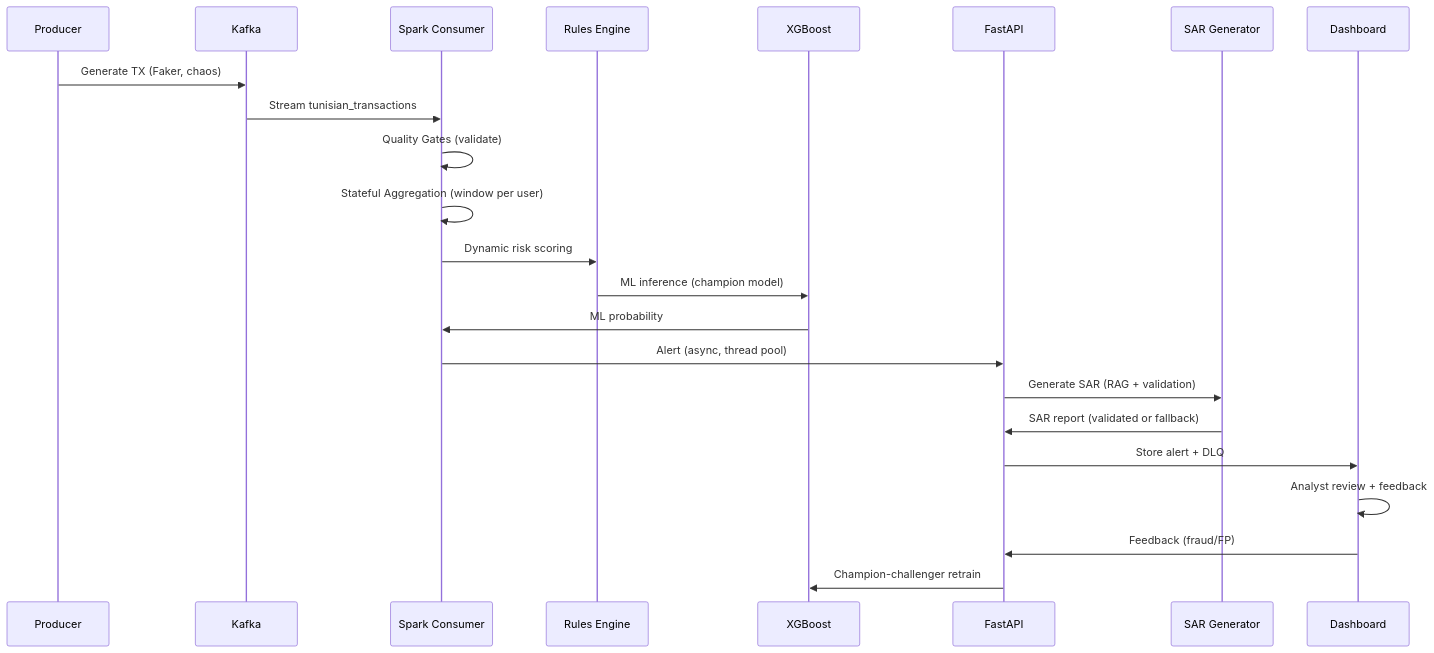
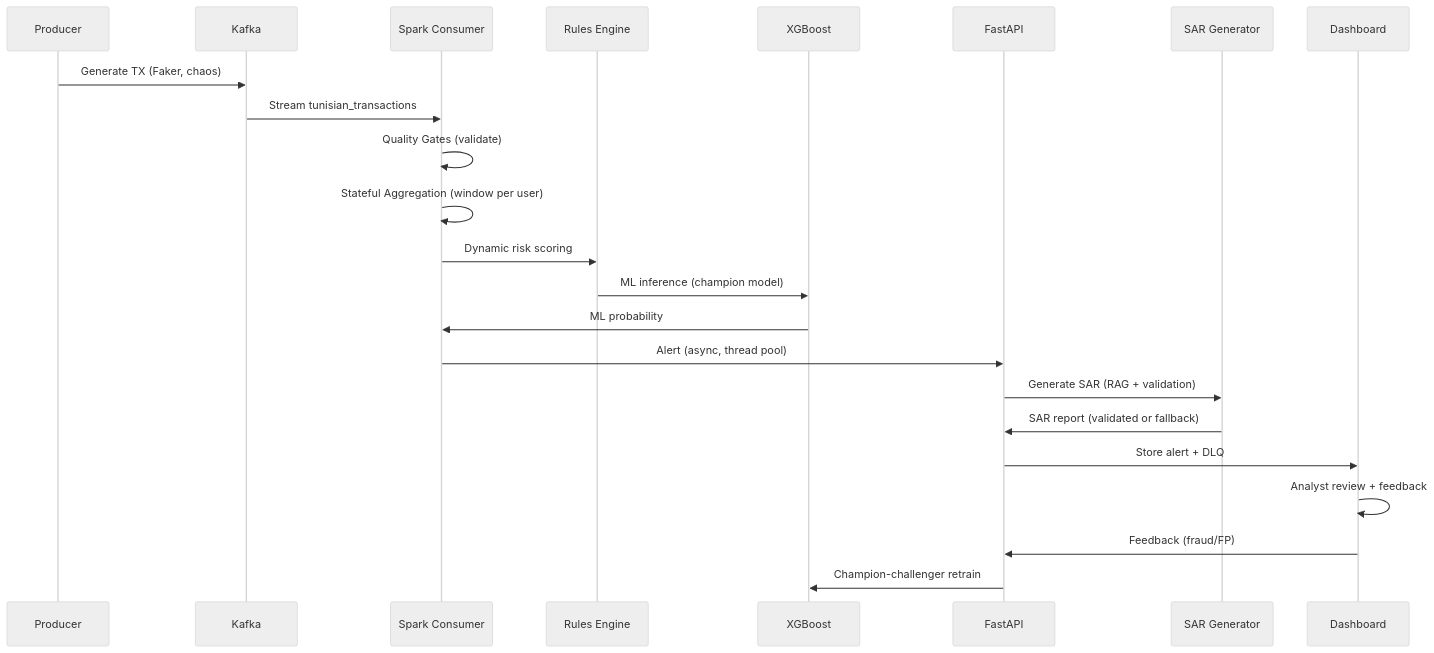
One commit to ReguiguiMohamed/hybrid-real-time-fraud-detection-tunisia changed the second of 4 diagrams in README.md. Above: the diagram before and after it, drawn with Mermaid. The commit also changed other lines of this file, not shown here.

````diff
--- a/README.md
+++ b/README.md
@@ -73,26 +51,27 @@
 ```mermaid
+%%{init: {'theme': 'neutral', 'themeVariables': { 'fontSize': '14px'}}}%%
 sequenceDiagram
     participant P as Producer
     participant K as Kafka
     participant C as Spark Consumer
     participant R as Rules Engine
     participant M as XGBoost
     participant A as FastAPI
     participant S as SAR Generator
     participant D as Dashboard
 
     P->>K: Generate TX (Faker, chaos)
     K->>C: Stream tunisian_transactions
     C->>C: Quality Gates (validate)
     C->>C: Stateful Aggregation (window per user)
     C->>R: Dynamic risk scoring
     R->>M: ML inference (champion model)
     M->>C: ML probability
     C->>A: Alert (async, thread pool)
     A->>S: Generate SAR (RAG + validation)
     S->>A: SAR report (validated or fallback)
     A->>D: Store alert + DLQ
     D->>D: Analyst review + feedback
     D->>A: Feedback (fraud/FP)
     A->>M: Champion-challenger retrain
 ```
````
